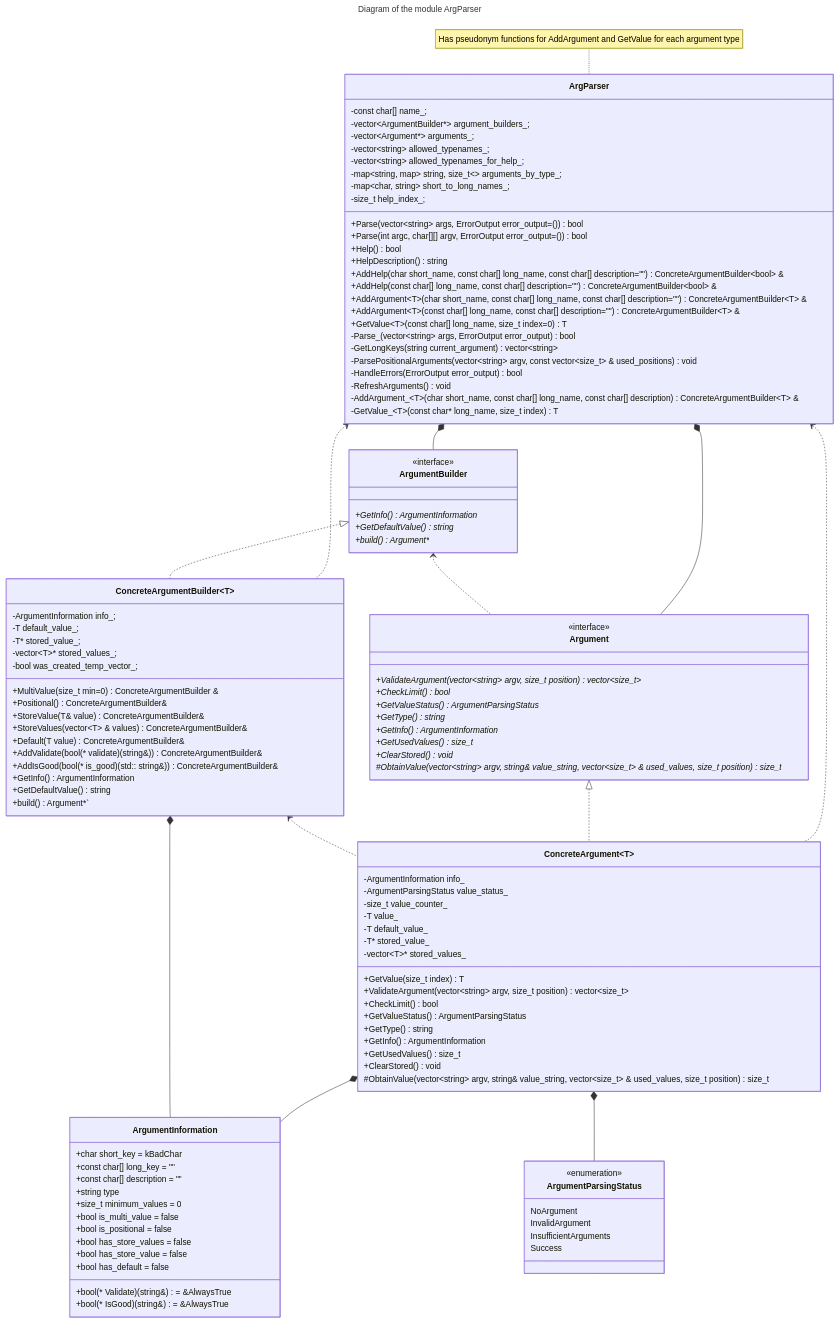
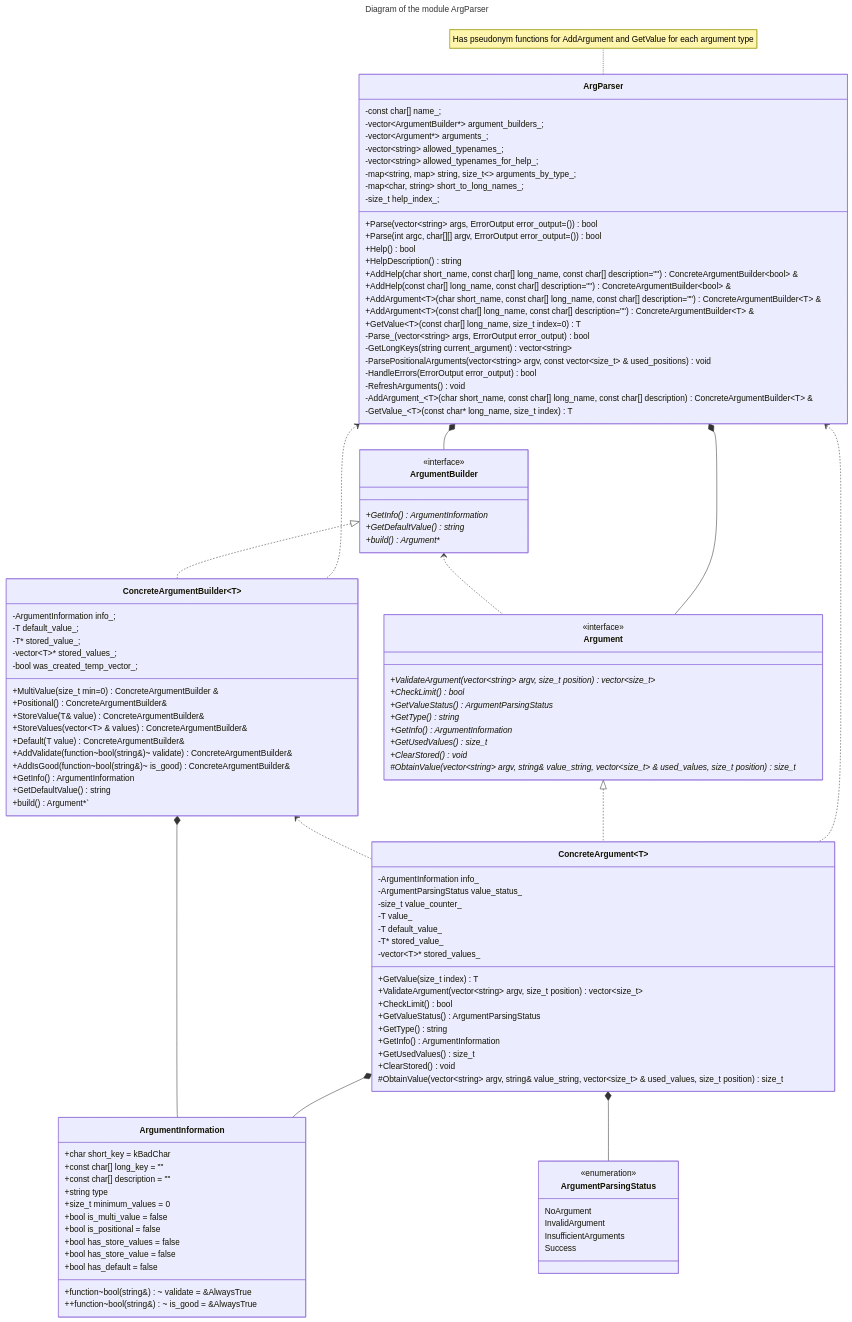
One commit to bialger/ArgParser changed the second of 2 diagrams in lib/argparser/docs/dev/architecture.md. Above: the diagram before and after it, drawn with Mermaid. The commit also changed other lines of this file and 11 other files, not shown here.

Commit message:
Switched to std::function

```diff
--- a/lib/argparser/docs/dev/architecture.md
+++ b/lib/argparser/docs/dev/architecture.md
@@ -30,6 +30,12 @@
 ---
 title: Diagram of the module ArgParser
 ---
+%%{
+  init: {
+    'theme': 'base',
+    'classDiagram': { 'curve': 'linear' },
+  }
+}%%
 classDiagram
     direction TB
     note for ArgParser "Has pseudonym functions for AddArgument and GetValue for each argument type"
@@ -105,8 +111,8 @@
         +StoreValue(T& value) ConcreteArgumentBuilder&
         +StoreValues(vector~T~ & values) ConcreteArgumentBuilder&
         +Default(T value) ConcreteArgumentBuilder&
-        +AddValidate(bool(* validate)(string&)) ConcreteArgumentBuilder&
-        +AddIsGood(bool(* is_good)(std:: string&)) ConcreteArgumentBuilder&
+        +AddValidate(function~bool(string&)~ validate) ConcreteArgumentBuilder&
+        +AddIsGood(function~bool(string&)~ is_good) ConcreteArgumentBuilder&
         +GetInfo() ArgumentInformation
         +GetDefaultValue() string
         +build() Argument*`
@@ -122,8 +128,8 @@
         +bool has_store_values = false
         +bool has_store_value = false
         +bool has_default = false
-        +bool(* Validate)(string&) = &AlwaysTrue
-        +bool(* IsGood)(string&) = &AlwaysTrue
+        +function~bool(string&)~ validate = &AlwaysTrue
+        ++function~bool(string&)~ is_good = &AlwaysTrue
     }
     class ArgumentParsingStatus {
         <<enumeration>>
```
